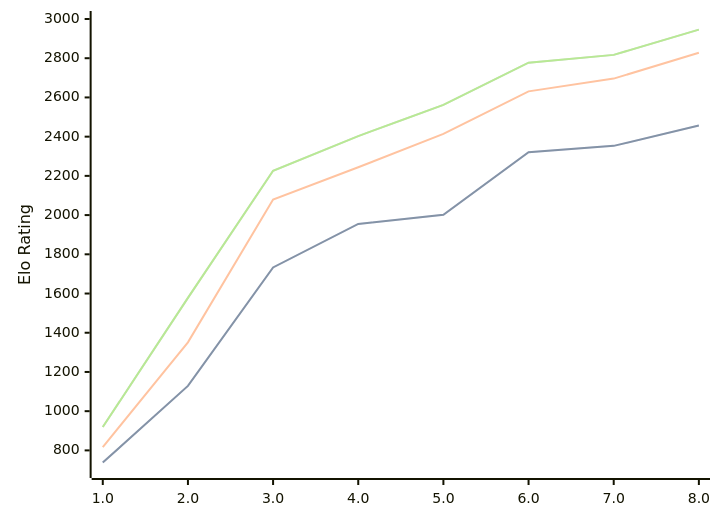
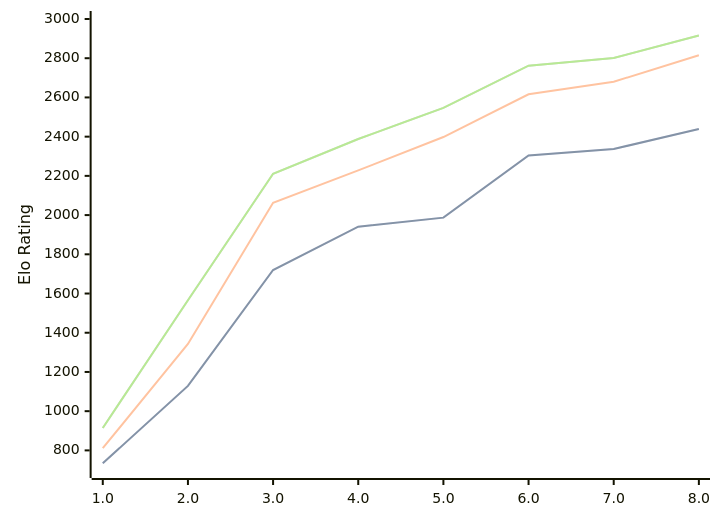
The diagram in engines/Pea.md (computer-chess-index/cci), drawn with Mermaid before and after one commit. The commit also changed other lines of this file, not shown here.

Commit message:
Update CCI Ratings (ELO VLTC) - 2026-05-20

````diff
--- a/engines/Pea.md
+++ b/engines/Pea.md
@@ -38,11 +38,11 @@
 ```mermaid
 %%{init: {"theme":"base","themeVariables":{"seriesColors:['#a3a3a3','#222221','#faa371']}}}%%
 xychart-beta
   x-axis ["1.0", "2.0", "3.0", "4.0", "5.0", "6.0", "7.0", "8.0"]
   y-axis "Elo Rating" 700 --> 3000
-  line "STC (8.0+0.08s)" [738, 1129, 1733, 1955, 2002, 2321, 2353, 2457]
-  line "STC (8.0+0.08s)" [738, 1129, 1733, 1955, 2002, 2321, 2353, 2457]
-  line "LTC (60.0+0.60s)" [817, 1351, 2079, 2244, 2414, 2631, 2696, 2828]
-  line "VLTC (2m24s+1.12s)" [919, 1578, 2226, 2403, 2562, 2777, 2817, 2946]
-  line "VLTC (2m24s+1.12s)" [919, 1578, 2226, 2403, 2562, 2777, 2817, 2946]
+  line "STC (8.0+0.08s)" [734, 1129, 1720, 1941, 1987, 2304, 2337, 2439]
+  line "STC (8.0+0.08s)" [734, 1129, 1720, 1941, 1987, 2304, 2337, 2439]
+  line "LTC (60.0+0.60s)" [811, 1343, 2063, 2228, 2398, 2616, 2680, 2815]
+  line "VLTC (2m24s+1.12s)" [914, 1566, 2211, 2388, 2547, 2762, 2801, 2916]
+  line "VLTC (2m24s+1.12s)" [914, 1566, 2211, 2388, 2547, 2762, 2801, 2916]
 ```
````
